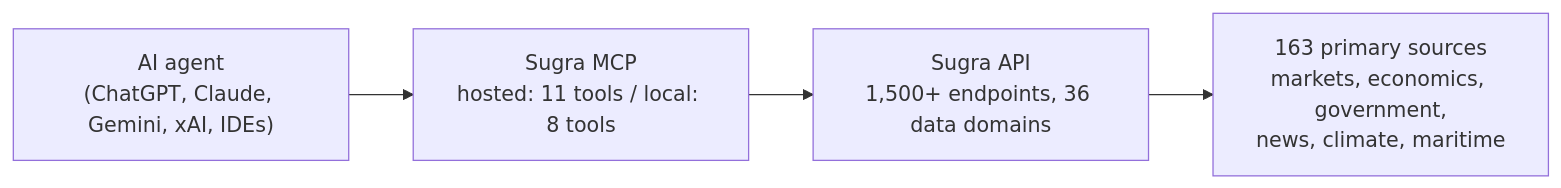
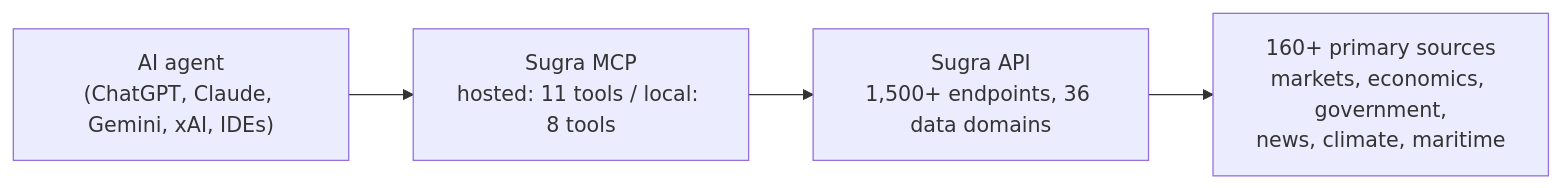
Before and after one commit to Sugra-Systems/sugra-api-mcp: the diagram in README.md, drawn with Mermaid. The commit also changed other lines of this file, not shown here.

Commit message:
docs: round source count in diagram, label the demo transcript as a captured example

````diff
--- a/README.md
+++ b/README.md
@@ -44,6 +44,6 @@
 ```mermaid
 flowchart LR
     A["AI agent<br/>(ChatGPT, Claude, Gemini, xAI, IDEs)"] --> B["Sugra MCP<br/>hosted: 11 tools / local: 8 tools"]
     B --> C["Sugra API<br/>1,500+ endpoints, 36 data domains"]
-    C --> D["163 primary sources<br/>markets, economics, government,<br/>news, climate, maritime"]
+    C --> D["160+ primary sources<br/>markets, economics, government,<br/>news, climate, maritime"]
 ```
````
